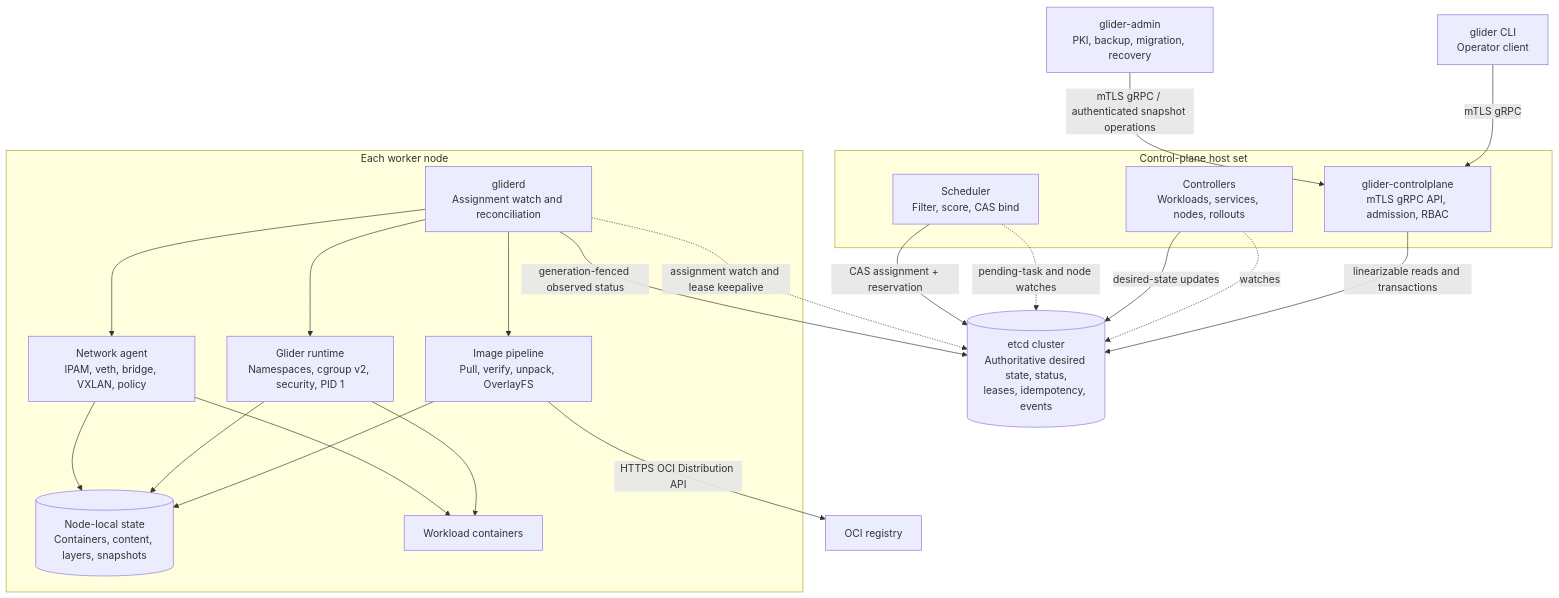
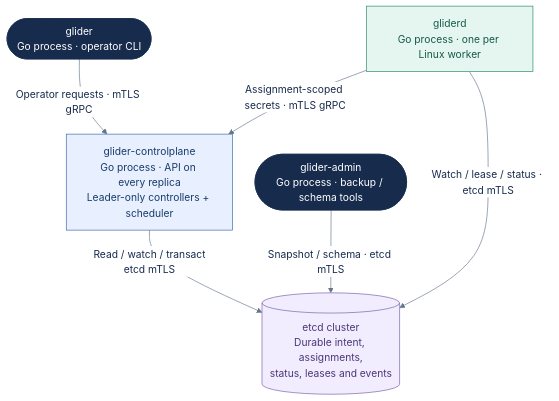
The first of 2 diagrams in docs/architecture/container-view.md (santinomarial/Glider), drawn with Mermaid before and after one commit. The commit also changed other lines of this file and 10 other files, not shown here.

Commit message:
Clarify architecture diagrams and add presentation exports

````diff
--- a/docs/architecture/container-view.md
+++ b/docs/architecture/container-view.md
@@ -9,43 +13,20 @@
 ```mermaid
+%%{init: {"theme":"base","themeVariables":{"fontFamily":"Arial, sans-serif","fontSize":"16px","lineColor":"#64748b","primaryTextColor":"#172b4d","edgeLabelBackground":"#ffffff","clusterBkg":"#f8fafc","clusterBorder":"#cbd5e1"},"flowchart":{"curve":"basis","nodeSpacing":35,"rankSpacing":50}}}%%
 flowchart TB
-    cli["glider CLI<br/>Operator client"]
-    admin["glider-admin<br/>PKI, backup, migration, recovery"]
-
-    subgraph cp["Control-plane host set"]
-        api["glider-controlplane<br/>mTLS gRPC API, admission, RBAC"]
-        controllers["Controllers<br/>Workloads, services, nodes, rollouts"]
-        scheduler["Scheduler<br/>Filter, score, CAS bind"]
-    end
-
-    etcd[("etcd cluster<br/>Authoritative desired state, status,<br/>leases, idempotency, events")]
-
-    subgraph worker["Each worker node"]
-        agent["gliderd<br/>Assignment watch and reconciliation"]
-        runtime["Glider runtime<br/>Namespaces, cgroup v2, security, PID 1"]
-        image["Image pipeline<br/>Pull, verify, unpack, OverlayFS"]
-        network["Network agent<br/>IPAM, veth, bridge, VXLAN, policy"]
-        local[("Node-local state<br/>Containers, content, layers, snapshots")]
-        workloads["Workload containers"]
-    end
-
-    registry["OCI registry"]
-
-    cli -->|"mTLS gRPC"| api
-    admin -->|"mTLS gRPC / authenticated snapshot operations"| api
-    api -->|"linearizable reads and transactions"| etcd
-    controllers -.->|"watches"| etcd
-    controllers -->|"desired-state updates"| etcd
-    scheduler -.->|"pending-task and node watches"| etcd
-    scheduler -->|"CAS assignment + reservation"| etcd
-    agent -.->|"assignment watch and lease keepalive"| etcd
-    agent -->|"generation-fenced observed status"| etcd
-    agent --> runtime
-    agent --> image
-    agent --> network
-    image -->|"HTTPS OCI Distribution API"| registry
-    image --> local
-    runtime --> local
-    network --> local
-    runtime --> workloads
-    network --> workloads
+    accTitle: Glider processes — API, elected controllers, state and workers
+    accDescr: CLI calls the API. Controllers and workers transact with etcd. The admin utility connects directly to etcd for backup and migration.
+    cli(["glider<br/>Go process · operator CLI"]):::person
+    api["glider-controlplane<br/>Go process · API on every replica<br/>Leader-only controllers + scheduler"]:::control
+    admin(["glider-admin<br/>Go process · backup / schema tools"]):::person
+    store[("etcd cluster<br/>Durable intent, assignments,<br/>status, leases and events")]:::store
+    node["gliderd<br/>Go process · one per Linux worker"]:::worker
+    cli -->|"Operator requests · mTLS gRPC"| api
+    api -->|"Read / watch / transact<br/>etcd mTLS"| store
+    admin -->|"Snapshot / schema · etcd mTLS"| store
+    node -->|"Watch / lease / status · etcd mTLS"| store
+    node -->|"Assignment-scoped secrets · mTLS gRPC"| api
+    classDef person fill:#172b4d,stroke:#172b4d,color:#ffffff
+    classDef control fill:#e8f0ff,stroke:#3563a4,color:#183b6a
+    classDef store fill:#f1edff,stroke:#7657a8,color:#4c3575
+    classDef worker fill:#e5f5f0,stroke:#23836b,color:#155b49
 ```
````
